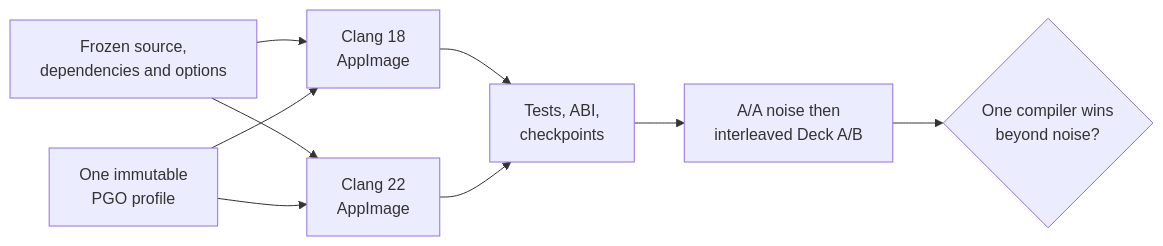
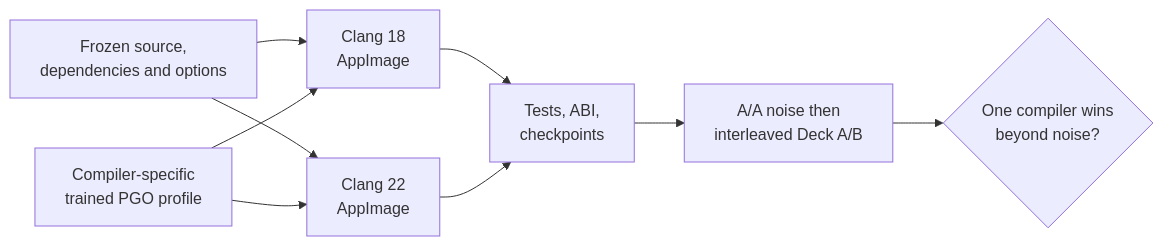
The diagram in docs/planning/2026-10-21-clang_version_evaluation/TECH_PLAN.md (chrissotraidis/bluewake), drawn with Mermaid before and after one commit. The commit also changed other lines of this file and 2 other files, not shown here.

````diff
--- a/docs/planning/2026-10-21-clang_version_evaluation/TECH_PLAN.md
+++ b/docs/planning/2026-10-21-clang_version_evaluation/TECH_PLAN.md
@@ -56,18 +50,18 @@
 ```mermaid
 flowchart LR
     Source["Frozen source,<br/>dependencies and options"]
-    Profile["One immutable<br/>PGO profile"]
+    Profile["Compiler-specific<br/>trained PGO profile"]
     C18["Clang 18<br/>AppImage"]
     C22["Clang 22<br/>AppImage"]
     Checks["Tests, ABI,<br/>checkpoints"]
     Deck["A/A noise then<br/>interleaved Deck A/B"]
     Decision{"One compiler wins<br/>beyond noise?"}
 
     Source --> C18
     Source --> C22
     Profile --> C18
     Profile --> C22
     C18 --> Checks
     C22 --> Checks
     Checks --> Deck --> Decision
 ```
````
